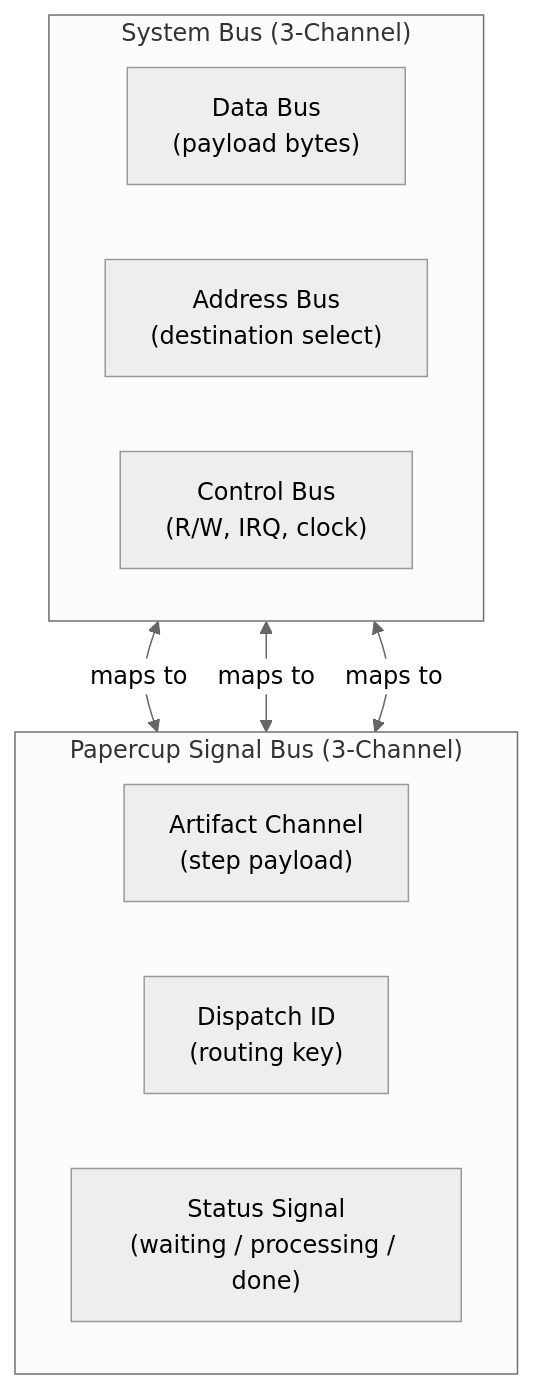
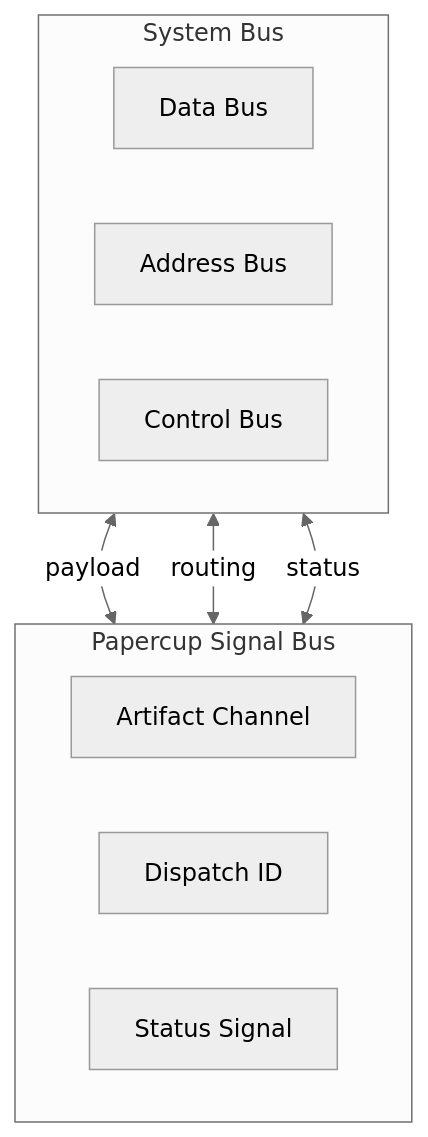
One commit to dpopsuev/origami changed the fifth of 12 diagrams in .cursor/docs/case-studies/electronic-circuit-theory.md. Above: the diagram before and after it, drawn with Mermaid (neutral theme). The commit also changed other lines of this file, not shown here.

First line of the commit message:
fix(case-studies): clean up mermaid diagram labels and spacing

````diff
--- a/.cursor/docs/case-studies/electronic-circuit-theory.md
+++ b/.cursor/docs/case-studies/electronic-circuit-theory.md
@@ -181,20 +181,20 @@
 ```mermaid
 flowchart TB
-    subgraph systemBus ["System Bus (3-Channel)"]
+    subgraph systemBus ["System Bus"]
         direction LR
-        dataBus["Data Bus\n(payload bytes)"]
-        addrBus["Address Bus\n(destination select)"]
-        ctrlBus["Control Bus\n(R/W, IRQ, clock)"]
+        dataBus["Data Bus"]
+        addrBus["Address Bus"]
+        ctrlBus["Control Bus"]
     end
 
-    dataBus <-->|"maps to"| artifactCh
-    addrBus <-->|"maps to"| dispatchID
-    ctrlBus <-->|"maps to"| statusSig
+    dataBus <-->|"payload"| artifactCh
+    addrBus <-->|"routing"| dispatchID
+    ctrlBus <-->|"status"| statusSig
 
-    subgraph papercup ["Papercup Signal Bus (3-Channel)"]
+    subgraph papercup ["Papercup Signal Bus"]
         direction LR
-        artifactCh["Artifact Channel\n(step payload)"]
-        dispatchID["Dispatch ID\n(routing key)"]
-        statusSig["Status Signal\n(waiting / processing / done)"]
+        artifactCh["Artifact Channel"]
+        dispatchID["Dispatch ID"]
+        statusSig["Status Signal"]
     end
 ```
````
